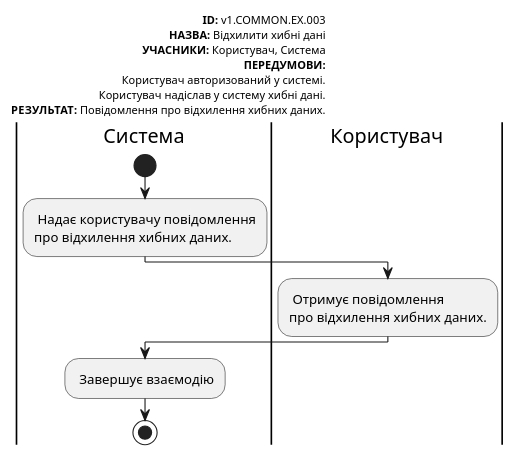
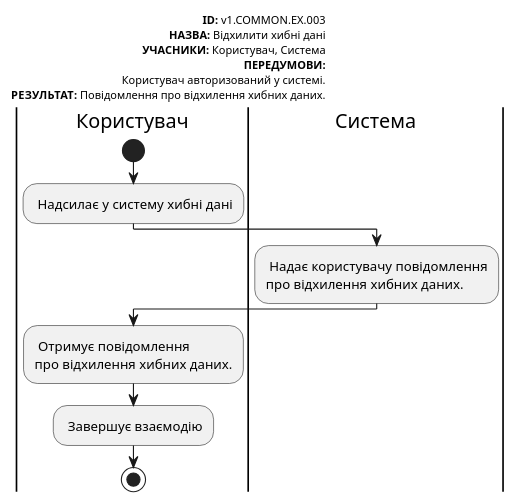
Before and after one commit to Znskiy/survey-expert: diagram 15 of 18 in docs/use cases/README.md, drawn with PlantUML. The commit also changed other lines of this file, not shown here.

```diff
--- a/docs/use cases/README.md
+++ b/docs/use cases/README.md
@@ -871,23 +855,23 @@
 @startuml
 
     left header
          <font color=000 size=10><b>ID:</b> v1.COMMON.EX.003
          <font color=000 size=10><b>НАЗВА:</b> Відхилити хибні дані
          <font color=000 size=10><b>УЧАСНИКИ:</b> Користувач, Система
          <font color=000 size=10><b>ПЕРЕДУМОВИ:</b>
          <font color=000 size=10>Користувач авторизований у системі.
-         <font color=000 size=10>Користувач надіслав у систему хибні дані.
          <font color=000 size=10><b>РЕЗУЛЬТАТ:</b> Повідомлення про відхилення хибних даних.
      end header
-     |Система|
+     |Користувач|
          start
+         : Надсилає у систему хибні дані;             
+     |Система|        
          : Надає користувачу повідомлення
          про відхилення хибних даних.;
      |Користувач|
          : Отримує повідомлення
          про відхилення хибних даних.;
-     |Система|
          : Завершує взаємодію;
          stop;
 
 @enduml
```
